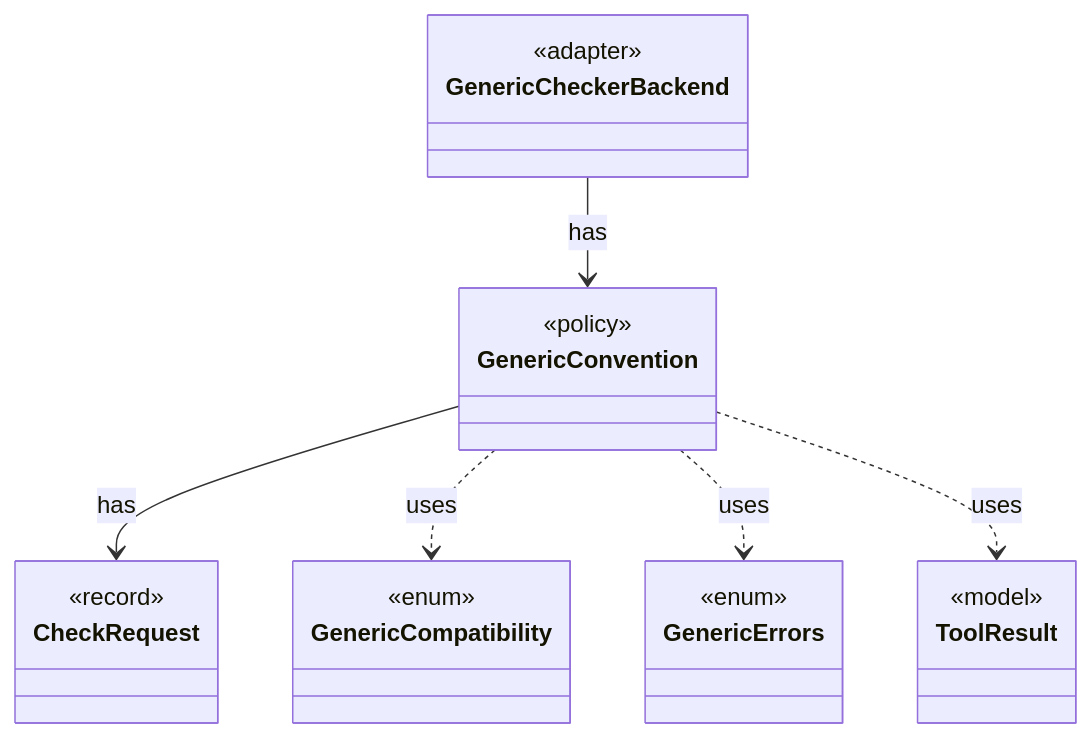
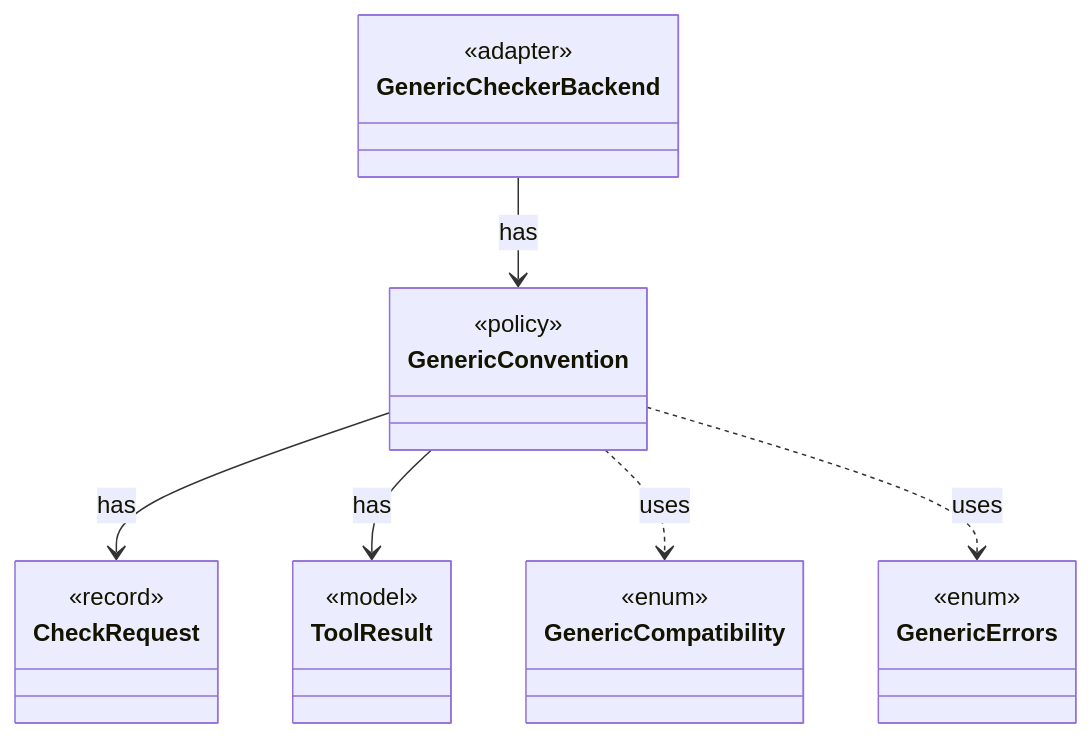
The diagram in dev/types/io.github.tlaplus.hardening.workflow.generic.GenericConvention.md (tlaplus/model-checker-hardening), drawn with Mermaid before and after one commit. The commit also changed other lines of this file and 425 other files, not shown here.

````diff
--- a/dev/types/io.github.tlaplus.hardening.workflow.generic.GenericConvention.md
+++ b/dev/types/io.github.tlaplus.hardening.workflow.generic.GenericConvention.md
@@ -9,26 +9,26 @@
 ```mermaid
 classDiagram
   class GenericConvention {
     <<policy>>
   }
   class CheckRequest {
     <<record>>
+  }
+  class ToolResult {
+    <<model>>
   }
   class GenericCheckerBackend {
     <<adapter>>
   }
   class GenericCompatibility {
     <<enum>>
   }
   class GenericErrors {
     <<enum>>
   }
-  class ToolResult {
-    <<model>>
-  }
   GenericConvention --> CheckRequest : has
+  GenericConvention --> ToolResult : has
   GenericCheckerBackend --> GenericConvention : has
   GenericConvention ..> GenericCompatibility : uses
   GenericConvention ..> GenericErrors : uses
-  GenericConvention ..> ToolResult : uses
 ```
````
